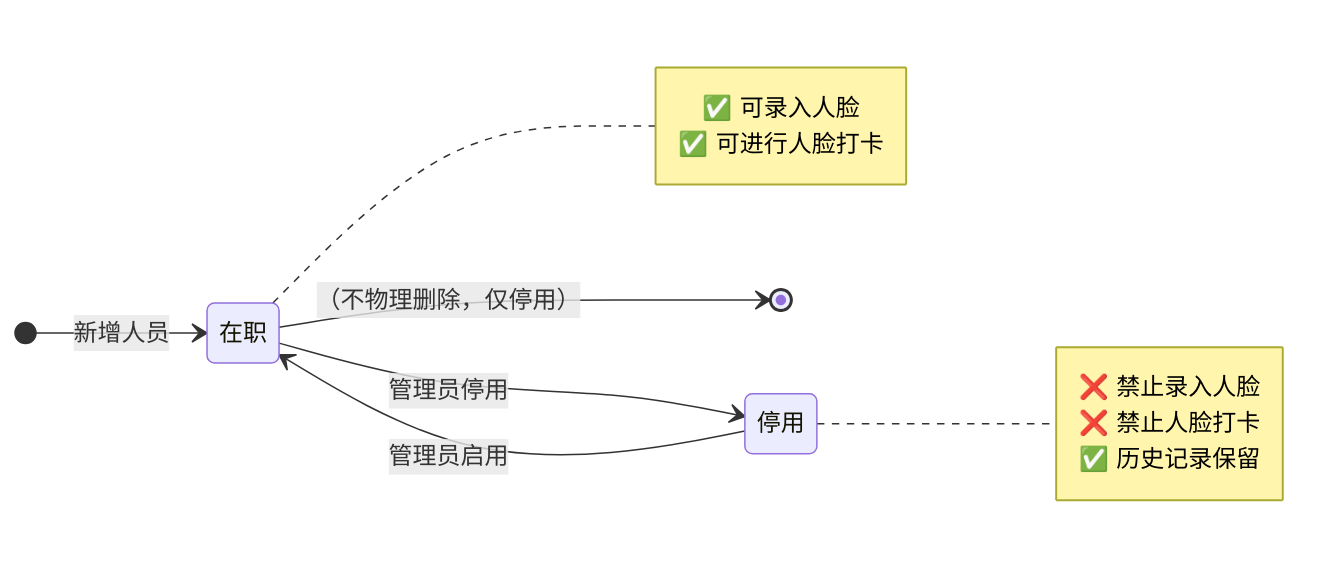
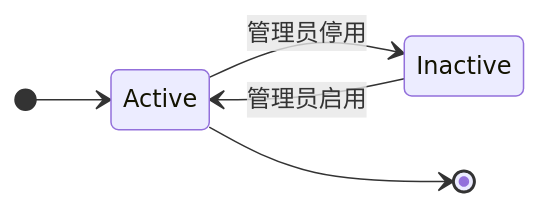
Before and after one commit to ComingYU/attendance_management: the fifth of 8 diagrams in docs/modeling/03-行为建模.md, drawn with Mermaid. The commit also changed other lines of this file and 2 other files, not shown here.

Commit message:
建模图片语法修改

````diff
--- a/docs/modeling/03-行为建模.md
+++ b/docs/modeling/03-行为建模.md
@@ -249,20 +198,9 @@
 ```mermaid
 stateDiagram-v2
     direction LR
 
-    [*] --> 在职 : 新增人员
-    在职 --> 停用 : 管理员停用
-    停用 --> 在职 : 管理员启用
-    在职 --> [*] : （不物理删除，仅停用）
-
-    note right of 在职
-        ✅ 可录入人脸
-        ✅ 可进行人脸打卡
-    end note
-
-    note right of 停用
-        ❌ 禁止录入人脸
-        ❌ 禁止人脸打卡
-        ✅ 历史记录保留
-    end note
+    [*] --> Active
+    Active --> Inactive : 管理员停用
+    Inactive --> Active : 管理员启用
+    Active --> [*]
 ```
````
